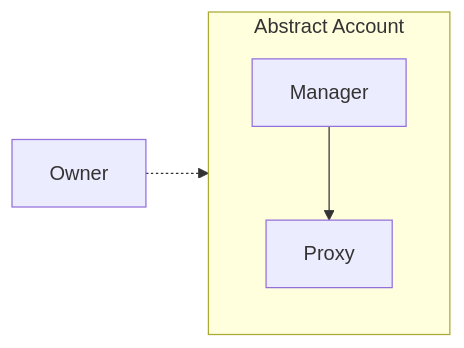
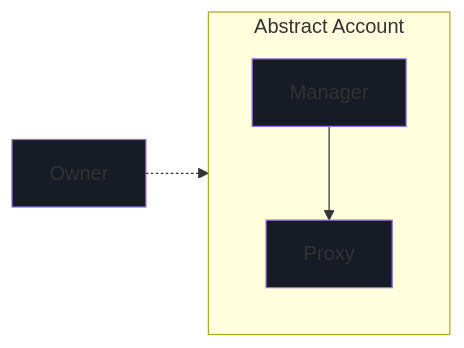
The first of 2 diagrams in framework/docs/src/3_framework/4_architecture.md (AbstractSDK/abstract), drawn with Mermaid before and after one commit. The commit also changed 3 other files, not shown here.

Commit message:
docs: improve mermaid diagrams

````diff
--- a/framework/docs/src/3_framework/4_architecture.md
+++ b/framework/docs/src/3_framework/4_architecture.md
@@ -16,9 +16,13 @@
 ```mermaid
 flowchart LR
-    subgraph Abstr[Abstract Account]
-        direction TB
-        Manager --> Proxy
-    end
+  subgraph Abstr[Abstract Account]
+    direction TB
+    Manager --> Proxy
+  end
 
-    Owner -.-> Manager
+  Owner -.-> Manager
+
+  style Owner fill: #161b25
+  style Manager fill: #161b25
+  style Proxy fill: #161b25
 ```
````
